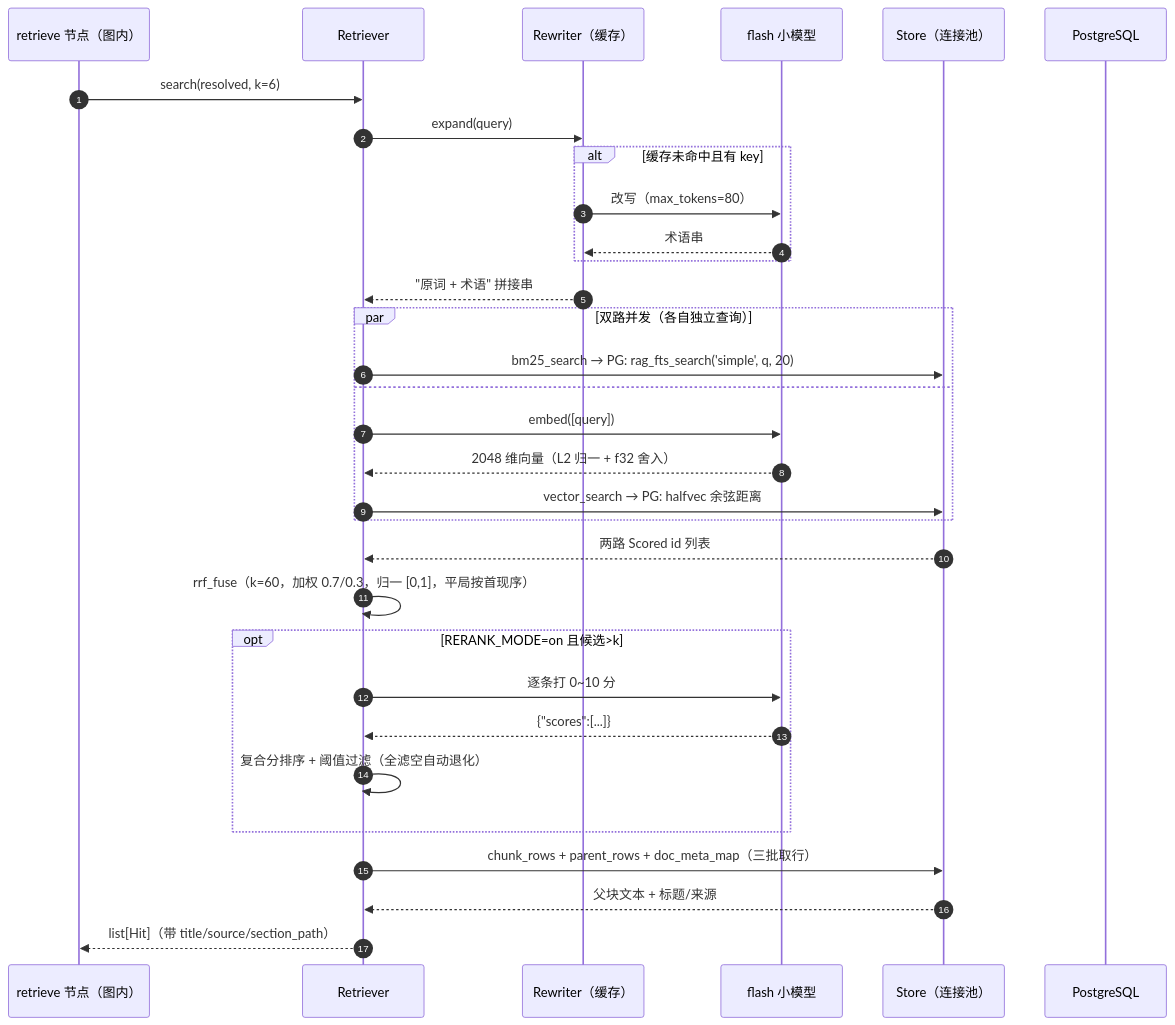
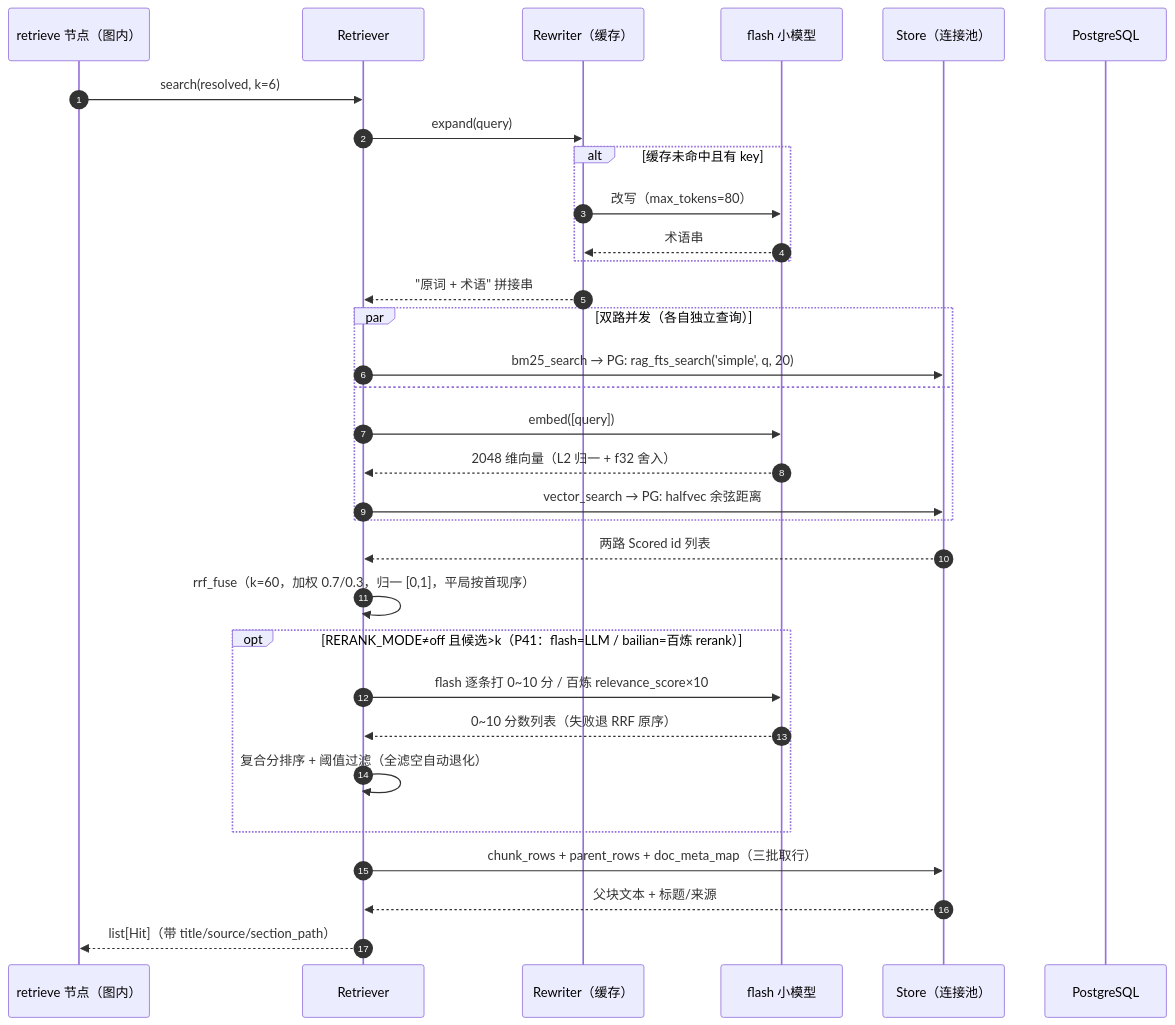
Before and after one commit to Thekshy/gewu: the second of 2 diagrams in docs/architecture/04-rag-retrieval.md, drawn with Mermaid. The commit also changed other lines of this file and 2 other files, not shown here.

Commit message:
docs(p41): §0.12 精排引擎切换契约+配置表三行+architecture/04 旧口径同步+P41 任务书(含 WeKnora 对照吸收与执行实况:R@6 0.9086≥flash-2pp 反超+1.48pp/跳延迟 p95 351ms/零降级,flash 生产复测降级 13.3% 互证;titled 臂 R -0.74pp 未达门槛不翻缺省,MRR +2.04pp 留档)

````diff
--- a/docs/architecture/04-rag-retrieval.md
+++ b/docs/architecture/04-rag-retrieval.md
@@ -149,35 +150,35 @@
 ```mermaid
 sequenceDiagram
     autonumber
     participant N as retrieve 节点（图内）
     participant R as Retriever
     participant W as Rewriter（缓存）
     participant F as flash 小模型
     participant S as Store（连接池）
     participant PG as PostgreSQL
 
     N->>R: search(resolved, k=6)
     R->>W: expand(query)
     alt 缓存未命中且有 key
         W->>F: 改写（max_tokens=80）
         F-->>W: 术语串
     end
     W-->>R: "原词 + 术语" 拼接串
     par 双路并发（各自独立查询）
         R->>S: bm25_search → PG: rag_fts_search('simple', q, 20)
     and
         R->>F: embed([query])
         F-->>R: 2048 维向量（L2 归一 + f32 舍入）
         R->>S: vector_search → PG: halfvec 余弦距离
     end
     S-->>R: 两路 Scored id 列表
     R->>R: rrf_fuse（k=60，加权 0.7/0.3，归一 [0,1]，平局按首现序）
-    opt RERANK_MODE=on 且候选>k
-        R->>F: 逐条打 0~10 分
-        F-->>R: {"scores":[...]}
+    opt RERANK_MODE≠off 且候选>k（P41：flash=LLM / bailian=百炼 rerank）
+        R->>F: flash 逐条打 0~10 分 / 百炼 relevance_score×10
+        F-->>R: 0~10 分数列表（失败退 RRF 原序）
         R->>R: 复合分排序 + 阈值过滤（全滤空自动退化）
     end
     R->>S: chunk_rows + parent_rows + doc_meta_map（三批取行）
     S-->>R: 父块文本 + 标题/来源
     R-->>N: list[Hit]（带 title/source/section_path）
 ```
````
